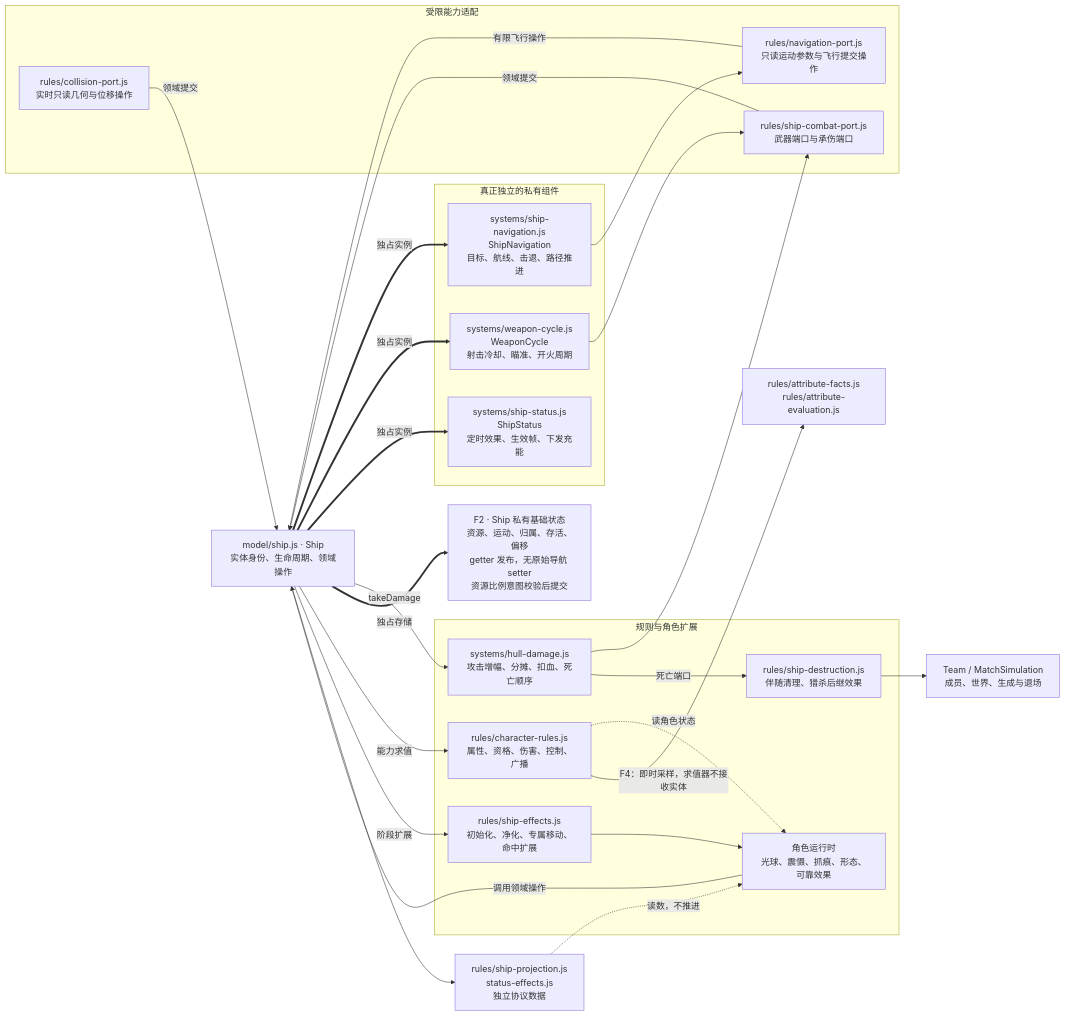
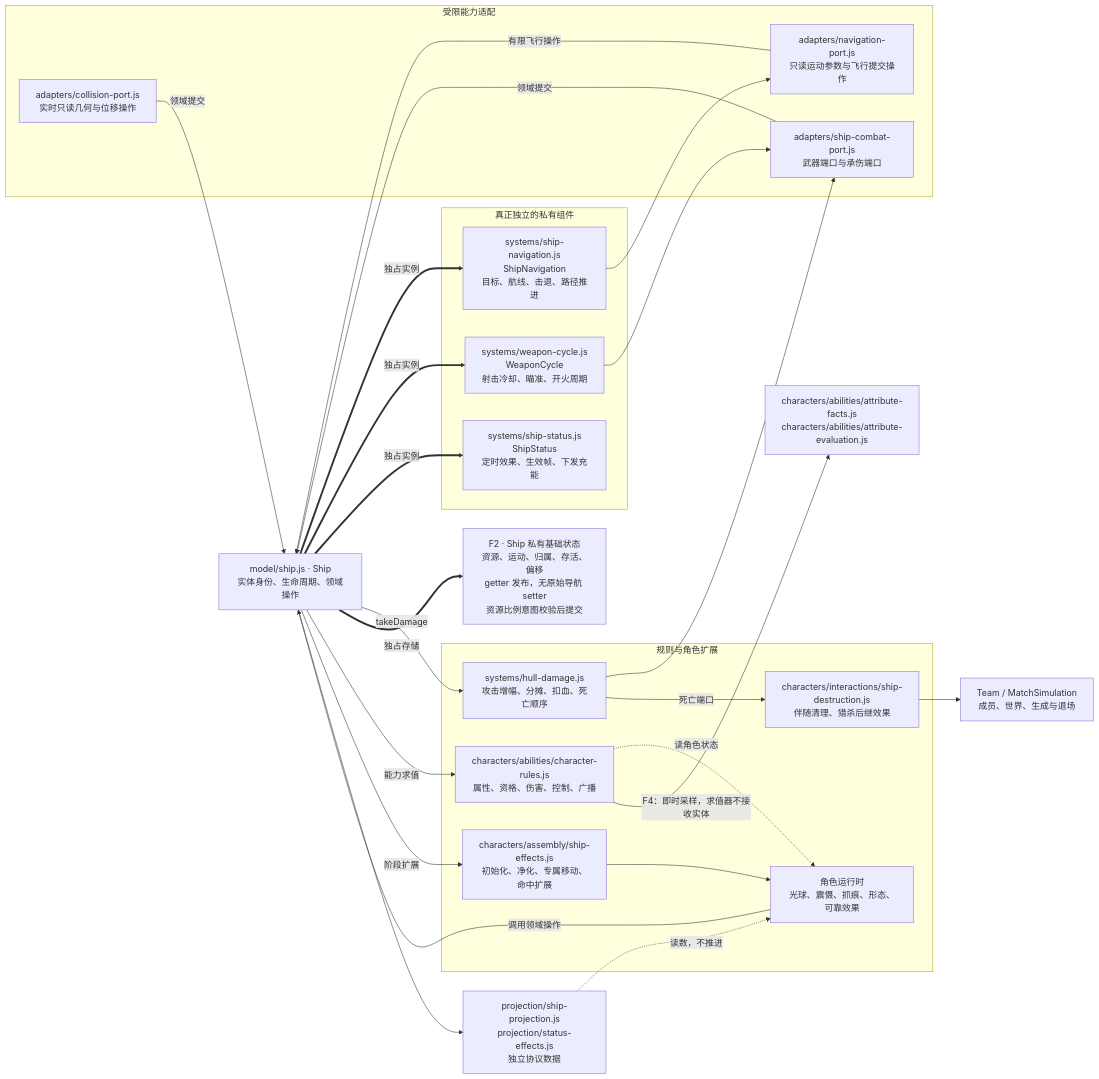
One commit to Haruhi-Labs/TDOS changed the second of 9 diagrams in docs/architecture-map.md. Above: the diagram before and after it, drawn with Mermaid. The commit also changed other lines of this file and 270 other files, not shown here.

````diff
--- a/docs/architecture-map.md
+++ b/docs/architecture-map.md
@@ -84,43 +84,43 @@
 ```mermaid
 flowchart LR
   S["model/ship.js · Ship<br/>实体身份、生命周期、领域操作"]
   subgraph owned[真正独立的私有组件]
     N["systems/ship-navigation.js<br/>ShipNavigation<br/>目标、航线、击退、路径推进"]
     W["systems/weapon-cycle.js<br/>WeaponCycle<br/>射击冷却、瞄准、开火周期"]
     ST["systems/ship-status.js<br/>ShipStatus<br/>定时效果、生效帧、下发充能"]
   end
   subgraph ports[受限能力适配]
-    NP["rules/navigation-port.js<br/>只读运动参数与飞行提交操作"]
-    CP["rules/ship-combat-port.js<br/>武器端口与承伤端口"]
-    COL["rules/collision-port.js<br/>实时只读几何与位移操作"]
+    NP["adapters/navigation-port.js<br/>只读运动参数与飞行提交操作"]
+    CP["adapters/ship-combat-port.js<br/>武器端口与承伤端口"]
+    COL["adapters/collision-port.js<br/>实时只读几何与位移操作"]
   end
   subgraph rules[规则与角色扩展]
     HD["systems/hull-damage.js<br/>攻击增幅、分摊、扣血、死亡顺序"]
-    CR["rules/character-rules.js<br/>属性、资格、伤害、控制、广播"]
-    SE["rules/ship-effects.js<br/>初始化、净化、专属移动、命中扩展"]
-    DEST["rules/ship-destruction.js<br/>伴随清理、猎杀后继效果"]
+    CR["characters/abilities/character-rules.js<br/>属性、资格、伤害、控制、广播"]
+    SE["characters/assembly/ship-effects.js<br/>初始化、净化、专属移动、命中扩展"]
+    DEST["characters/interactions/ship-destruction.js<br/>伴随清理、猎杀后继效果"]
     ROLE["角色运行时<br/>光球、震慑、抓痕、形态、可靠效果"]
   end
   PUB["F2 · Ship 私有基础状态<br/>资源、运动、归属、存活、偏移<br/>getter 发布，无原始导航 setter<br/>资源比例意图校验后提交"]
-  PROJ["rules/ship-projection.js<br/>status-effects.js<br/>独立协议数据"]
+  PROJ["projection/ship-projection.js<br/>projection/status-effects.js<br/>独立协议数据"]
   TEAM["Team / MatchSimulation<br/>成员、世界、生成与退场"]
   S ==>|独占实例| N & W & ST
   N --> NP
   NP -->|有限飞行操作| S
   W --> CP
   S -->|takeDamage| HD
   HD --> CP
   CP -->|领域提交| S
   COL -->|领域提交| S
   S ==>|独占存储| PUB
   S -->|能力求值| CR
   S -->|阶段扩展| SE
   SE --> ROLE
   CR -.->|读角色状态| ROLE
-  CR -->|F4：即时采样，求值器不接收实体| FACTS["rules/attribute-facts.js<br/>rules/attribute-evaluation.js"]
+  CR -->|F4：即时采样，求值器不接收实体| FACTS["characters/abilities/attribute-facts.js<br/>characters/abilities/attribute-evaluation.js"]
   ROLE -->|调用领域操作| S
   HD -->|死亡端口| DEST
   DEST --> TEAM
   S --> PROJ
   PROJ -.->|读数，不推进| ROLE
 ```
````
